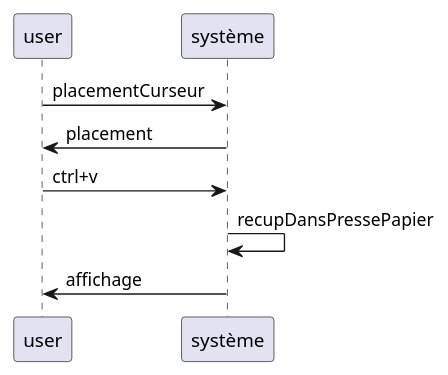
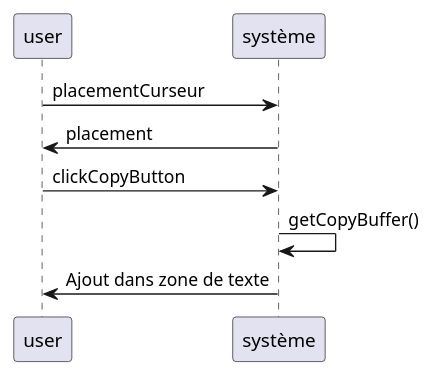
The diagram in SequenceColler.puml (kiurow590/ESIR2_OMD_Project_Editor), drawn with PlantUML before and after one commit. The commit also changed 8 other files, not shown here.

```diff
--- a/SequenceColler.puml
+++ b/SequenceColler.puml
@@ -1,10 +1,10 @@
 @startuml
 'https://plantuml.com/sequence-diagram
 user -> système: placementCurseur
 système -> user: placement
-user -> système: ctrl+v
-système -> système: recupDansPressePapier
-système -> user: affichage
+user -> système: clickCopyButton
+système -> système: getCopyBuffer()
+système -> user: Ajout dans zone de texte
 
 
 @enduml
```
